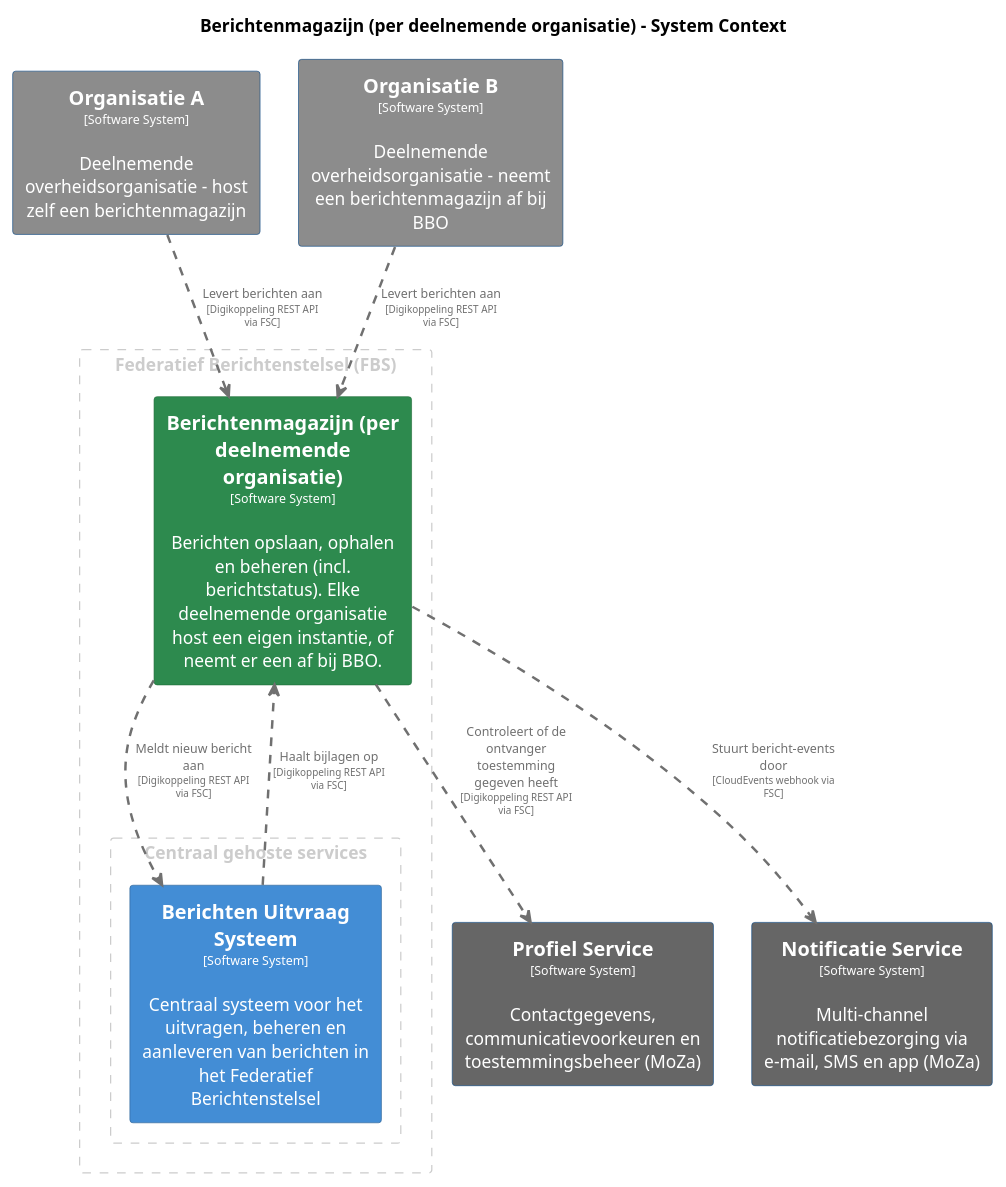
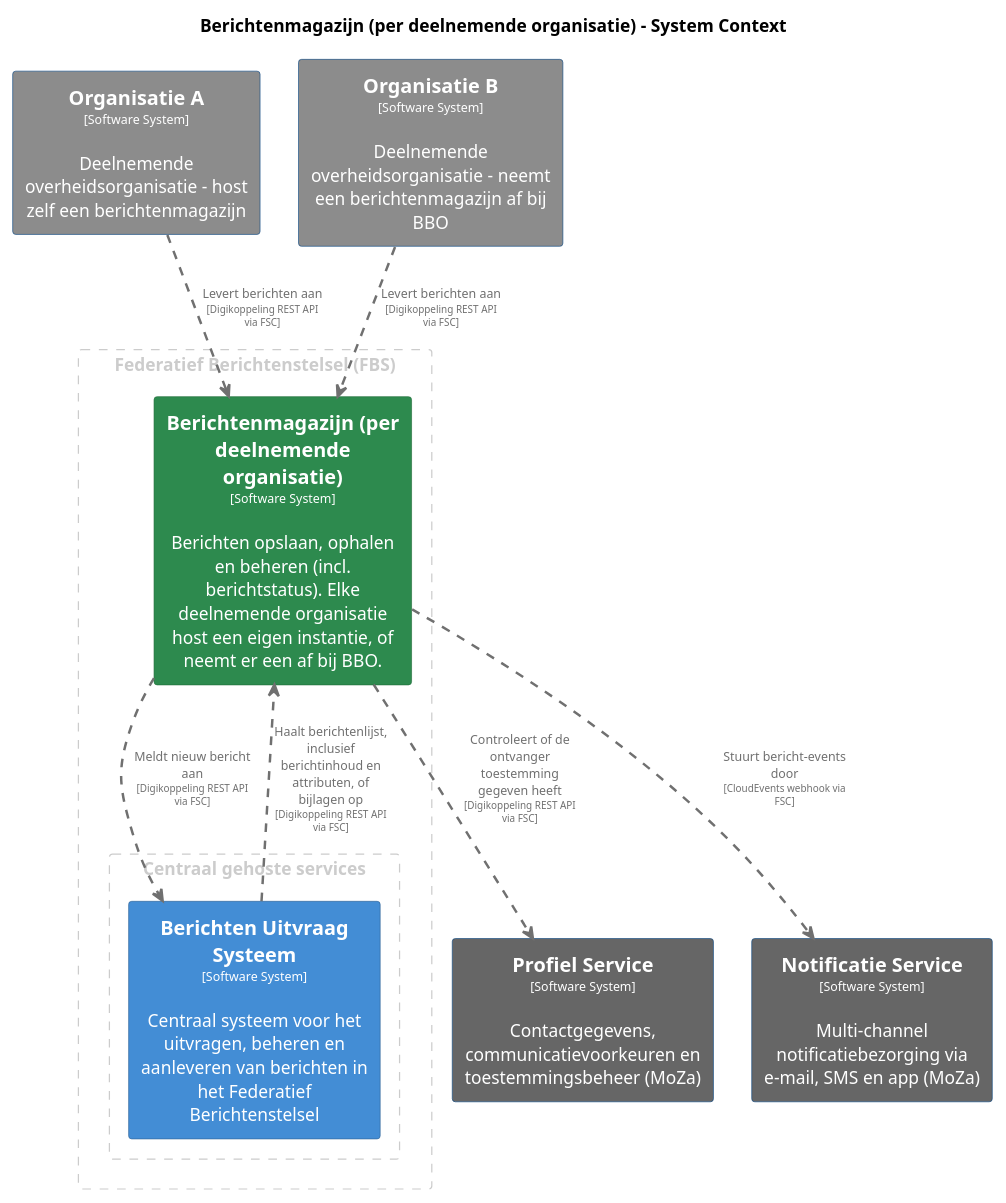
Before and after one commit to MinBZK/moza-poc-fbs-berichtenbox: the diagram in pr-preview/pr-29/master/puml/Berichtenmagazijn.puml, drawn with PlantUML. The commit also changed 38 other files, not shown here.

```diff
--- a/pr-preview/pr-29/master/puml/Berichtenmagazijn.puml
+++ b/pr-preview/pr-29/master/puml/Berichtenmagazijn.puml
@@ -1,82 +1,82 @@
 @startuml
 set separator none
 title Berichtenmagazijn (per deelnemende organisatie) - System Context
 
 top to bottom direction
 skinparam ranksep 60
 skinparam nodesep 30
 
 skinparam {
   arrowFontSize 10
   defaultTextAlignment center
   wrapWidth 200
   maxMessageSize 100
 }
 
 hide stereotype
 
 skinparam rectangle<<BerichtenUitvraagSysteem>> {
   BackgroundColor #438dd5
   FontColor #ffffff
   BorderColor #2e6295
   shadowing false
 }
 skinparam rectangle<<Berichtenmagazijnperdeelnemendeorganisatie>> {
   BackgroundColor #2d8a4e
   FontColor #ffffff
   BorderColor #1e6b38
   shadowing false
 }
 skinparam rectangle<<NotificatieService>> {
   BackgroundColor #666666
   FontColor #ffffff
   BorderColor #0b4884
   shadowing false
 }
 skinparam rectangle<<OrganisatieA>> {
   BackgroundColor #8c8c8c
   FontColor #ffffff
   BorderColor #0b4884
   shadowing false
 }
 skinparam rectangle<<OrganisatieB>> {
   BackgroundColor #8c8c8c
   FontColor #ffffff
   BorderColor #0b4884
   shadowing false
 }
 skinparam rectangle<<ProfielService>> {
   BackgroundColor #666666
   FontColor #ffffff
   BorderColor #0b4884
   shadowing false
 }
 
 rectangle "Federatief Berichtenstelsel (FBS)" <<group1>> as group1 {
   skinparam RectangleBorderColor<<group1>> #cccccc
   skinparam RectangleFontColor<<group1>> #cccccc
   skinparam RectangleBorderStyle<<group1>> dashed
 
   rectangle "==Berichtenmagazijn (per deelnemende organisatie)\n<size:10>[Software System]</size>\n\nBerichten opslaan, ophalen en beheren (incl. berichtstatus). Elke deelnemende organisatie host een eigen instantie, of neemt er een af bij BBO." <<Berichtenmagazijnperdeelnemendeorganisatie>> as Berichtenmagazijnperdeelnemendeorganisatie
     rectangle "Centraal gehoste services" <<group2>> as group2 {
       skinparam RectangleBorderColor<<group2>> #cccccc
       skinparam RectangleFontColor<<group2>> #cccccc
       skinparam RectangleBorderStyle<<group2>> dashed
 
       rectangle "==Berichten Uitvraag Systeem\n<size:10>[Software System]</size>\n\nCentraal systeem voor het uitvragen, beheren en aanleveren van berichten in het Federatief Berichtenstelsel" <<BerichtenUitvraagSysteem>> as BerichtenUitvraagSysteem
     }
 
 }
 
 rectangle "==Organisatie A\n<size:10>[Software System]</size>\n\nDeelnemende overheidsorganisatie - host zelf een berichtenmagazijn" <<OrganisatieA>> as OrganisatieA
 rectangle "==Organisatie B\n<size:10>[Software System]</size>\n\nDeelnemende overheidsorganisatie - neemt een berichtenmagazijn af bij BBO" <<OrganisatieB>> as OrganisatieB
 rectangle "==Profiel Service\n<size:10>[Software System]</size>\n\nContactgegevens, communicatievoorkeuren en toestemmingsbeheer (MoZa)" <<ProfielService>> as ProfielService
 rectangle "==Notificatie Service\n<size:10>[Software System]</size>\n\nMulti-channel notificatiebezorging via e-mail, SMS en app (MoZa)" <<NotificatieService>> as NotificatieService
 
 Berichtenmagazijnperdeelnemendeorganisatie .[#707070,thickness=2].> BerichtenUitvraagSysteem : "<color:#707070>Meldt nieuw bericht aan\n<color:#707070><size:8>[Digikoppeling REST API via FSC]</size>"
 Berichtenmagazijnperdeelnemendeorganisatie .[#707070,thickness=2].> NotificatieService : "<color:#707070>Stuurt bericht-events door\n<color:#707070><size:8>[CloudEvents webhook via FSC]</size>"
 OrganisatieA .[#707070,thickness=2].> Berichtenmagazijnperdeelnemendeorganisatie : "<color:#707070>Levert berichten aan\n<color:#707070><size:8>[Digikoppeling REST API via FSC]</size>"
 OrganisatieB .[#707070,thickness=2].> Berichtenmagazijnperdeelnemendeorganisatie : "<color:#707070>Levert berichten aan\n<color:#707070><size:8>[Digikoppeling REST API via FSC]</size>"
 Berichtenmagazijnperdeelnemendeorganisatie .[#707070,thickness=2].> ProfielService : "<color:#707070>Controleert of de ontvanger toestemming gegeven heeft\n<color:#707070><size:8>[Digikoppeling REST API via FSC]</size>"
-BerichtenUitvraagSysteem .[#707070,thickness=2].> Berichtenmagazijnperdeelnemendeorganisatie : "<color:#707070>Haalt bijlagen op\n<color:#707070><size:8>[Digikoppeling REST API via FSC]</size>"
+BerichtenUitvraagSysteem .[#707070,thickness=2].> Berichtenmagazijnperdeelnemendeorganisatie : "<color:#707070>Haalt berichtenlijst, inclusief berichtinhoud en attributen, of bijlagen op\n<color:#707070><size:8>[Digikoppeling REST API via FSC]</size>"
 @enduml
```
